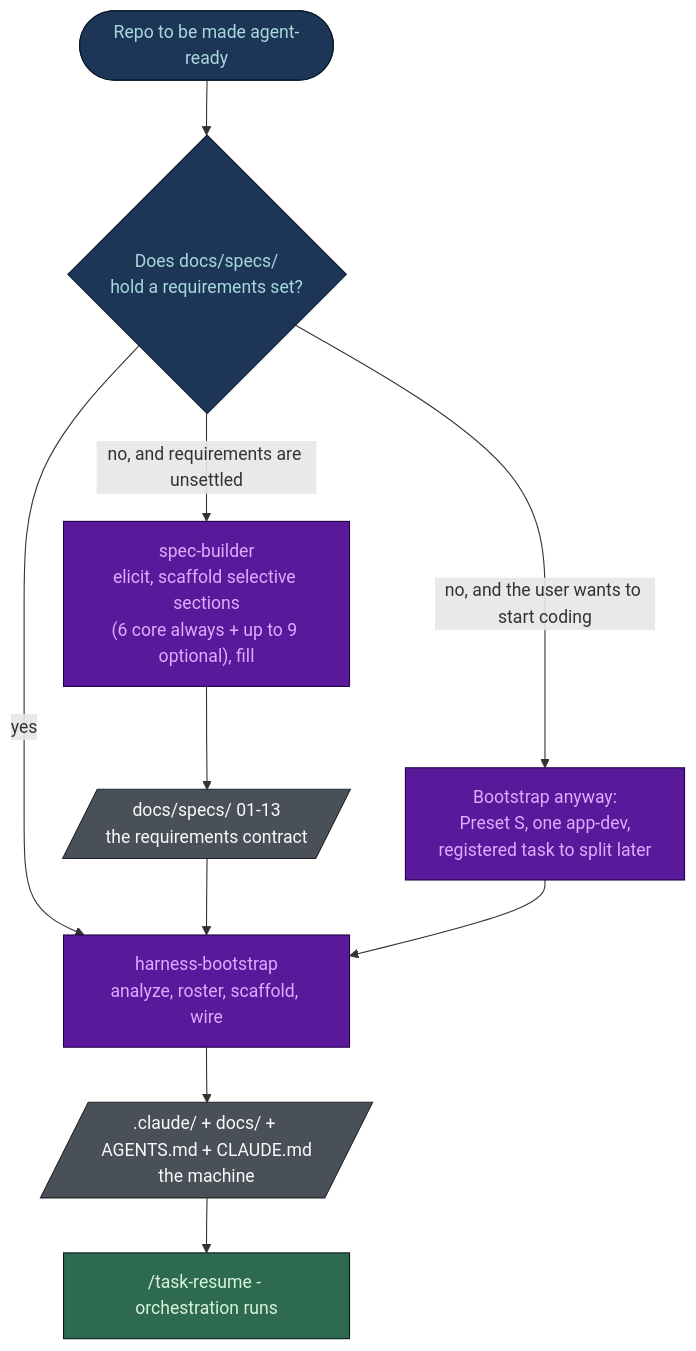
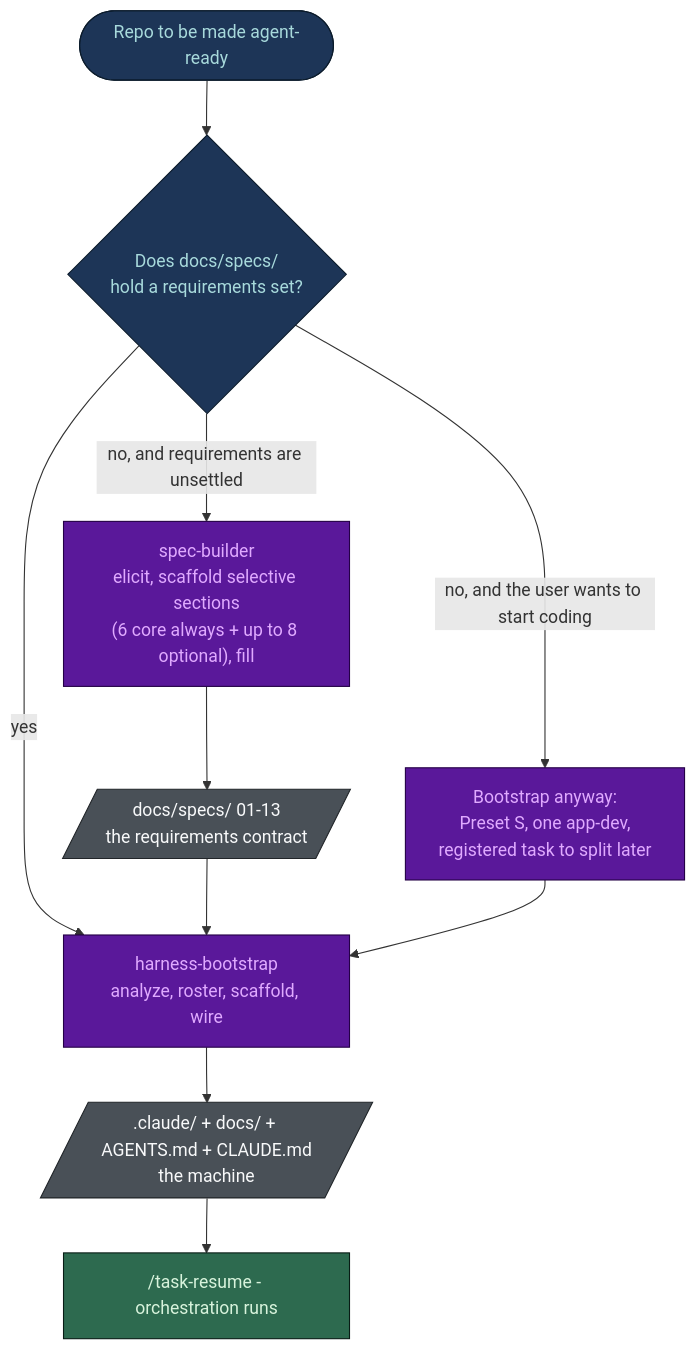
One commit to nguyenhx2/agent-harness-bootstrap changed the second of 7 diagrams in docs/FLOWS.md. Above: the diagram before and after it, drawn with Mermaid. The commit also changed other lines of this file and 4 other files, not shown here.

````diff
--- a/docs/FLOWS.md
+++ b/docs/FLOWS.md
@@ -53,34 +53,34 @@
 ```mermaid
 flowchart TD
     START(["Repo to be made agent-ready"])
     Q{"Does docs/specs/<br/>hold a requirements set?"}
 
-    SB["spec-builder<br/>elicit, scaffold selective sections<br/>(6 core always + up to 9 optional), fill"]
+    SB["spec-builder<br/>elicit, scaffold selective sections<br/>(6 core always + up to 8 optional), fill"]
     SPECS[/"docs/specs/ 01-13<br/>the requirements contract"/]
 
     HB["harness-bootstrap<br/>analyze, roster, scaffold, wire"]
     HARNESS[/".claude/ + docs/ + AGENTS.md + CLAUDE.md<br/>the machine"/]
 
     NOSPEC["Bootstrap anyway:<br/>Preset S, one app-dev,<br/>registered task to split later"]
     RUN["/task-resume - orchestration runs"]
 
     START --> Q
     Q -->|"yes"| HB
     Q -->|"no, and requirements are unsettled"| SB
     Q -->|"no, and the user wants to start coding"| NOSPEC
     SB --> SPECS
     SPECS --> HB
     NOSPEC --> HB
     HB --> HARNESS
     HARNESS --> RUN
 
     classDef det fill:#2D6A4F,stroke:#081C15,stroke-width:1px,color:#D8F3DC
     classDef mod fill:#5A189A,stroke:#240046,stroke-width:1px,color:#E0AAFF
     classDef hum fill:#1D3557,stroke:#0B1B2B,stroke-width:1px,color:#A8DADC
     classDef art fill:#495057,stroke:#212529,stroke-width:1px,color:#F8F9FA
 
     class SB,HB,NOSPEC mod
     class START,Q hum
     class SPECS,HARNESS art
     class RUN det
 ```
````
